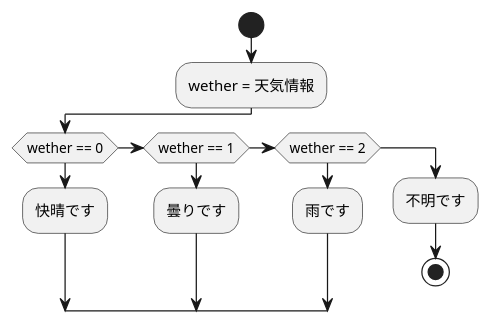
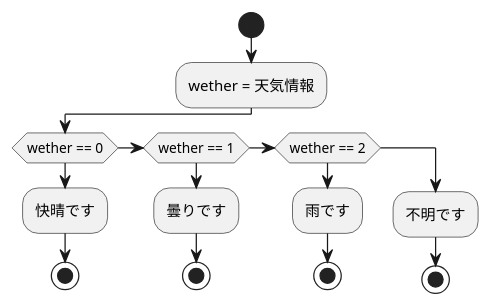
The diagram in Challenge.md (Aso2001159/2021sys-design), drawn with PlantUML before and after one commit.

````diff
--- a/Challenge.md
+++ b/Challenge.md
@@ -1,15 +1,18 @@
 ```uml
 @startuml
 start
 :wether = 天気情報;
 if(wether == 0)
 :快晴です; 
+stop
 elseif(wether == 1)
 :曇りです;
+stop
 elseif(wether == 2)
 :雨です;
+stop
 else
 :不明です;
 stop
 @enduml
 ```
````
